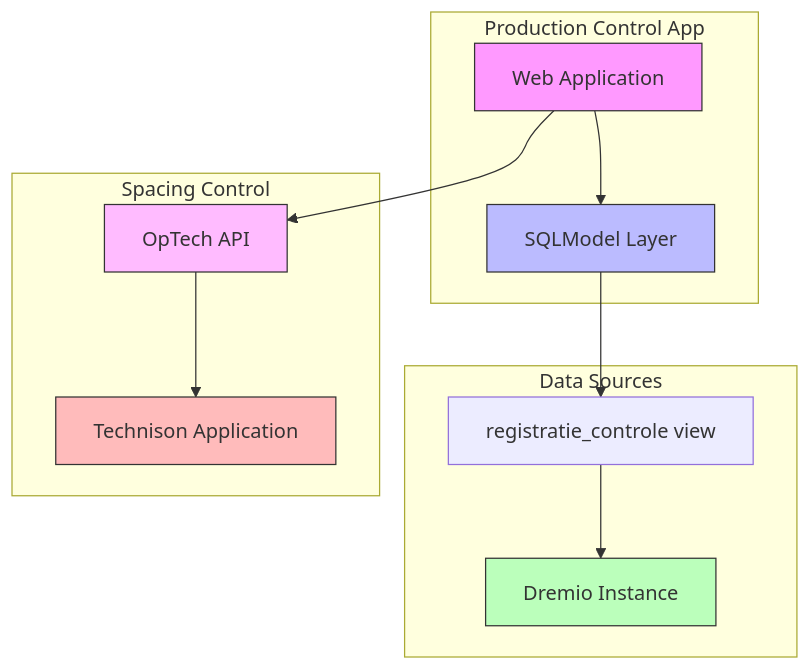
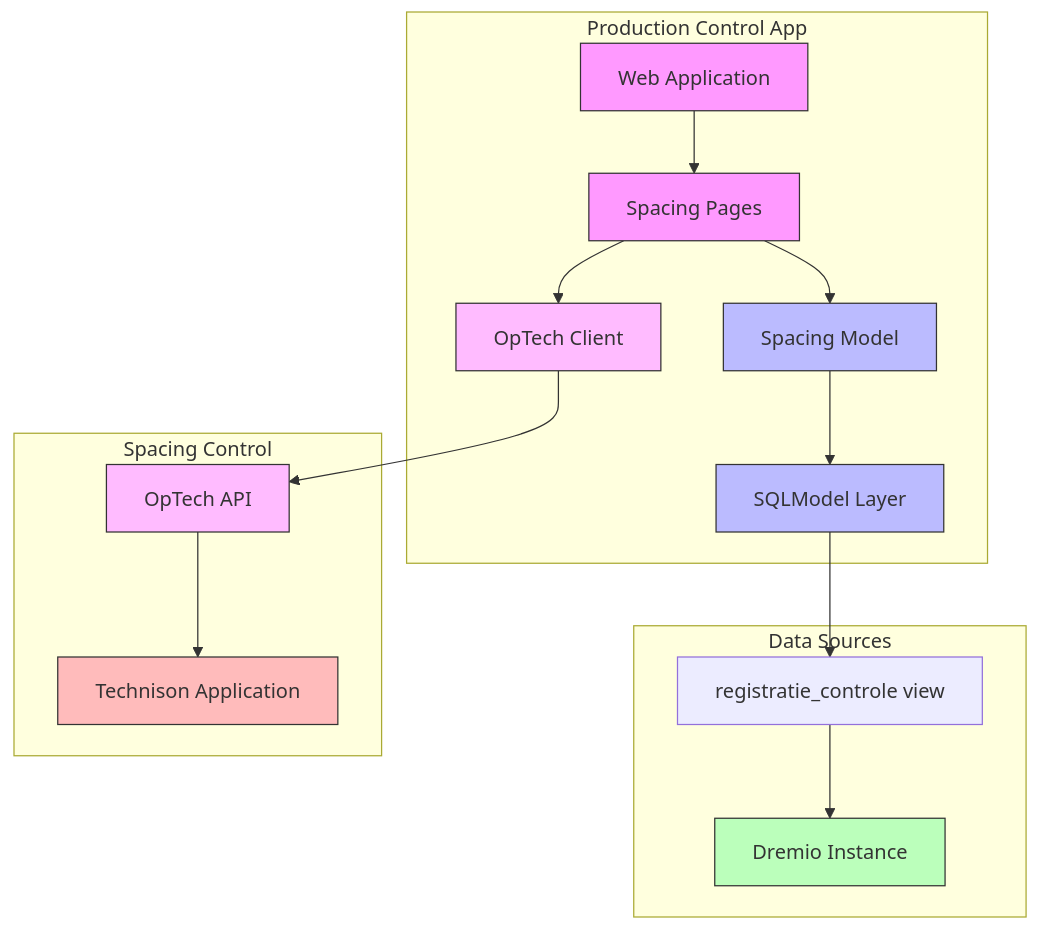
Before and after one commit to serraict/wetering-production-control: the diagram in work/doing.md, drawn with Mermaid. The commit also changed other lines of this file, not shown here.

````diff
--- a/work/doing.md
+++ b/work/doing.md
@@ -31,29 +31,38 @@
 ```mermaid
 graph TD
     subgraph Production Control App
         WebApp[Web Application]
         SQLModel[SQLModel Layer]
+        SpacingPages[Spacing Pages]
+        SpacingModel[Spacing Model]
+        OpTechClient[OpTech Client]
     end
     
     subgraph Data Sources
         Dremio[Dremio Instance]
         DremioView[registratie_controle view]
     end
     
     subgraph Spacing Control
         Technison[Technison Application]
         OpTech[OpTech API]
     end
 
-    WebApp --> SQLModel
+    WebApp --> SpacingPages
+    SpacingPages --> SpacingModel
+    SpacingPages --> OpTechClient
+    SpacingModel --> SQLModel
+    OpTechClient --> OpTech
     SQLModel --> DremioView
     DremioView --> Dremio
-    WebApp --> OpTech
     OpTech --> Technison
 
     style WebApp fill:#f9f,stroke:#333
     style SQLModel fill:#bbf,stroke:#333
+    style SpacingPages fill:#f9f,stroke:#333
+    style SpacingModel fill:#bbf,stroke:#333
+    style OpTechClient fill:#fbf,stroke:#333
     style Dremio fill:#bfb,stroke:#333
     style Technison fill:#fbb,stroke:#333
     style OpTech fill:#fbf,stroke:#333
 ```
````
